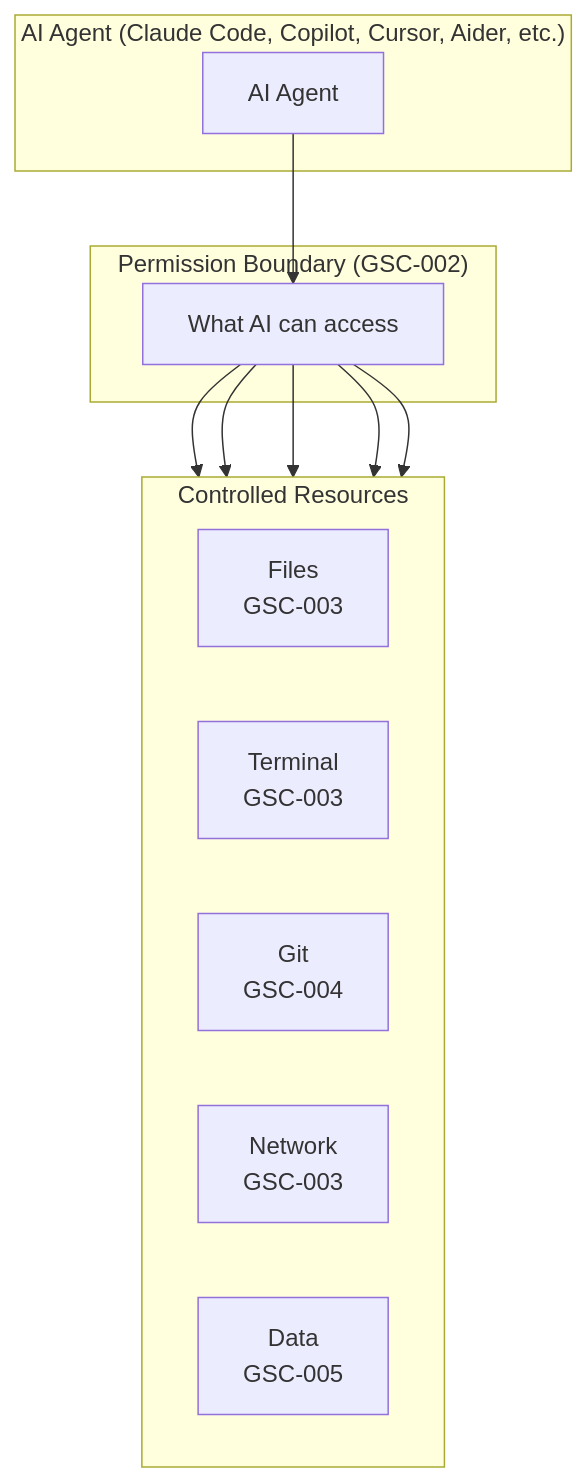
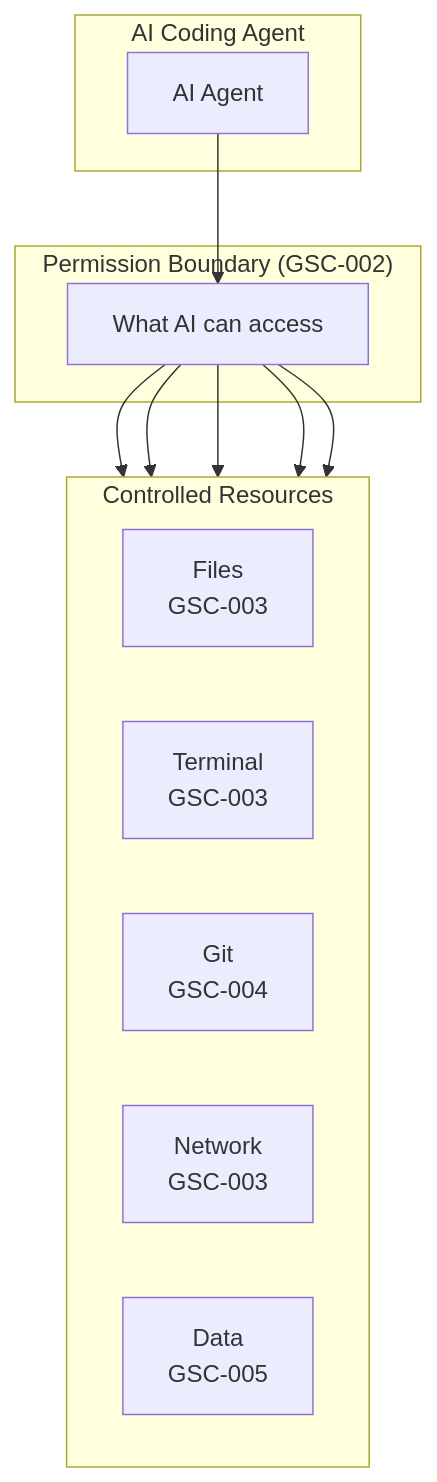
One commit to nilayparikh/ai-agent-ea-framework changed the first of 6 diagrams in principles/governance_security_and_compliance/index.md. Above: the diagram before and after it, drawn with Mermaid. The commit also changed other lines of this file and 4 other files, not shown here.

````diff
--- a/principles/governance_security_and_compliance/index.md
+++ b/principles/governance_security_and_compliance/index.md
@@ -35,27 +35,27 @@
 ```mermaid
 flowchart TB
-    subgraph AIAgent["AI Agent (Claude Code, Copilot, Cursor, Aider, etc.)"]
+    subgraph AIAgent["AI Coding Agent"]
         Agent["AI Agent"]
     end
 
     subgraph PermBoundary["Permission Boundary (GSC-002)"]
         Perm["What AI can access"]
     end
 
     Agent --> Perm
 
     subgraph Resources["Controlled Resources"]
         direction LR
         Files["Files<br/>GSC-003"]
         Terminal["Terminal<br/>GSC-003"]
         Git["Git<br/>GSC-004"]
         Network["Network<br/>GSC-003"]
         Data["Data<br/>GSC-005"]
     end
 
     Perm --> Files
     Perm --> Terminal
     Perm --> Git
     Perm --> Network
     Perm --> Data
 ```
````
